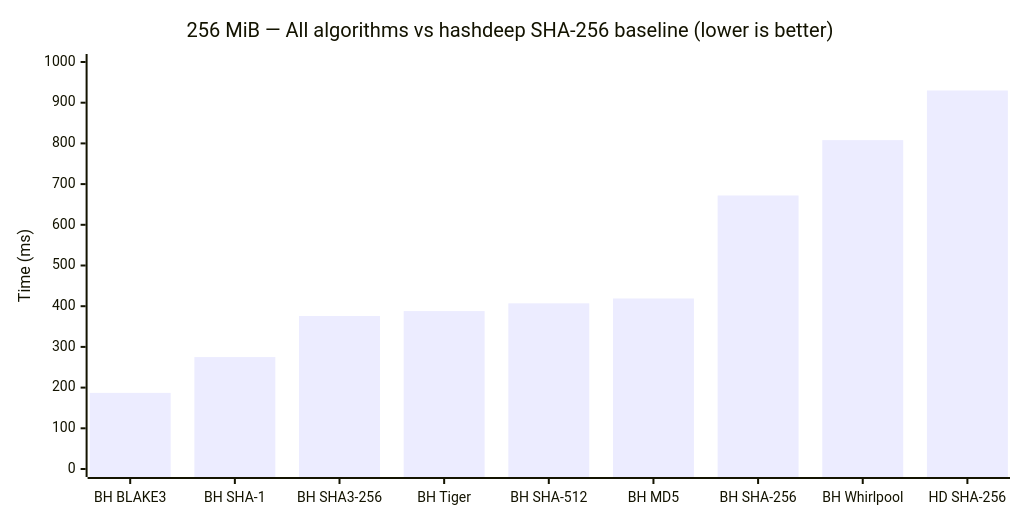
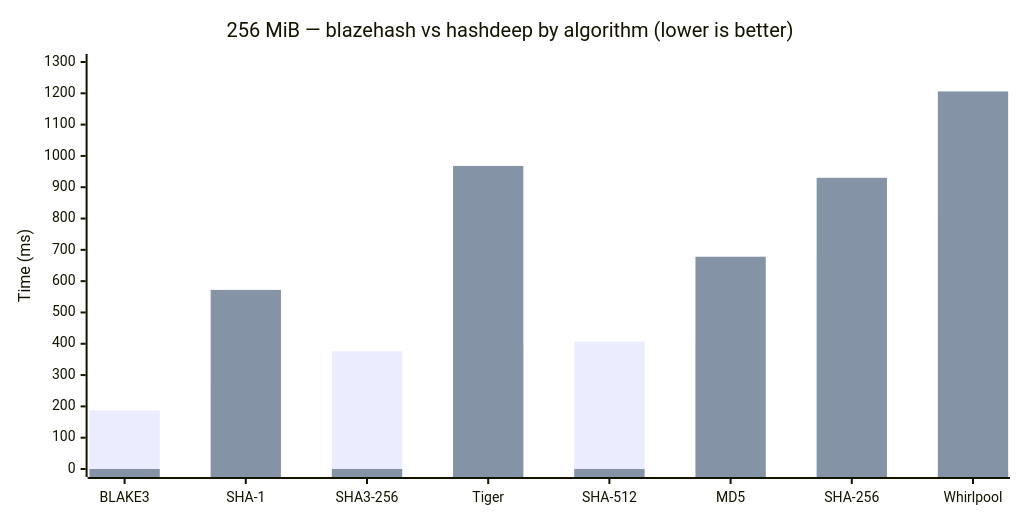
One commit to SecurityRonin/blazehash changed the fifth of 5 diagrams in docs/benchmarks.md. Above: the diagram before and after it, drawn with Mermaid. The commit also changed other lines of this file, not shown here.

First line of the commit message:
docs: use grouped bar charts for dramatic blazehash vs hashdeep comparison

````diff
--- a/docs/benchmarks.md
+++ b/docs/benchmarks.md
@@ -166,12 +157,13 @@
 ```mermaid
 ---
 config:
     xyChart:
         width: 1000
 ---
 xychart-beta
-    title "256 MiB — All algorithms vs hashdeep SHA-256 baseline (lower is better)"
-    x-axis ["BH BLAKE3", "BH SHA-1", "BH SHA3-256", "BH Tiger", "BH SHA-512", "BH MD5", "BH SHA-256", "BH Whirlpool", "HD SHA-256"]
-    y-axis "Time (ms)" 0 --> 1000
-    bar [187, 275, 376, 388, 407, 419, 672, 808, 930]
+    title "256 MiB — blazehash vs hashdeep by algorithm (lower is better)"
+    x-axis ["BLAKE3", "SHA-1", "SHA3-256", "Tiger", "SHA-512", "MD5", "SHA-256", "Whirlpool"]
+    y-axis "Time (ms)" 0 --> 1300
+    bar "blazehash" [187, 275, 376, 388, 407, 419, 672, 808]
+    bar "hashdeep" [0, 572, 0, 968, 0, 678, 930, 1206]
 ```
````
